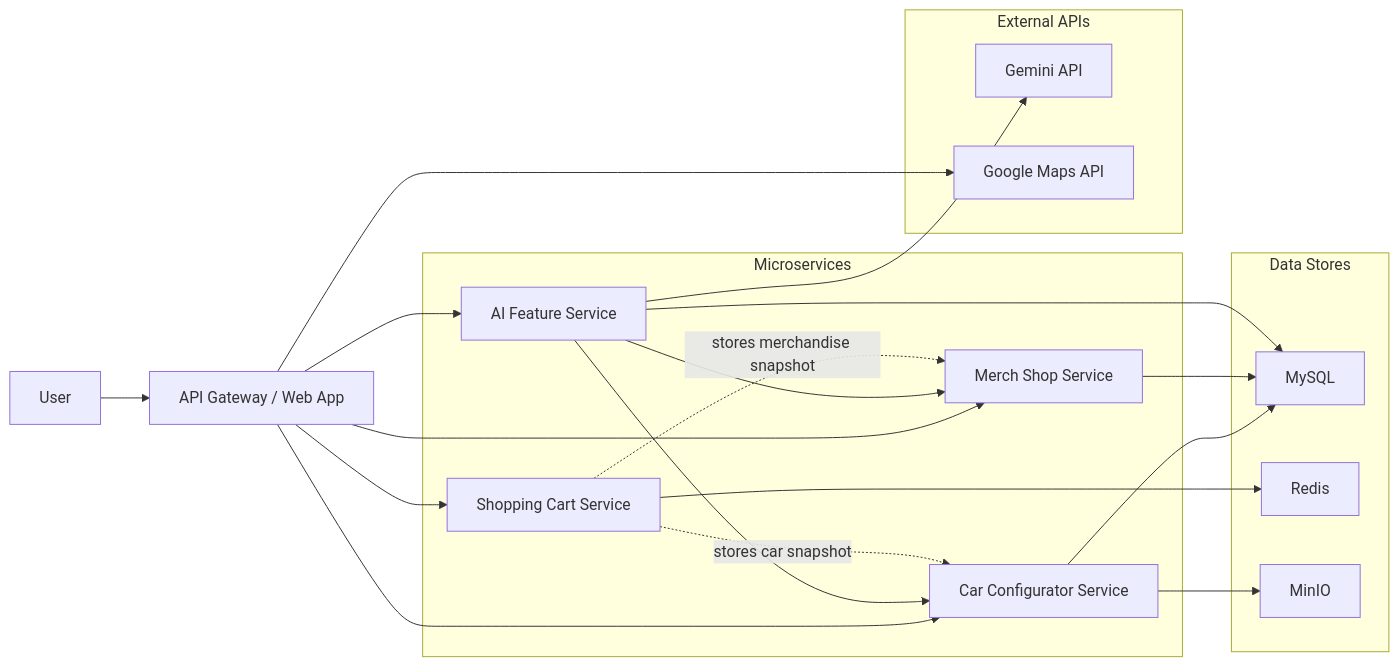
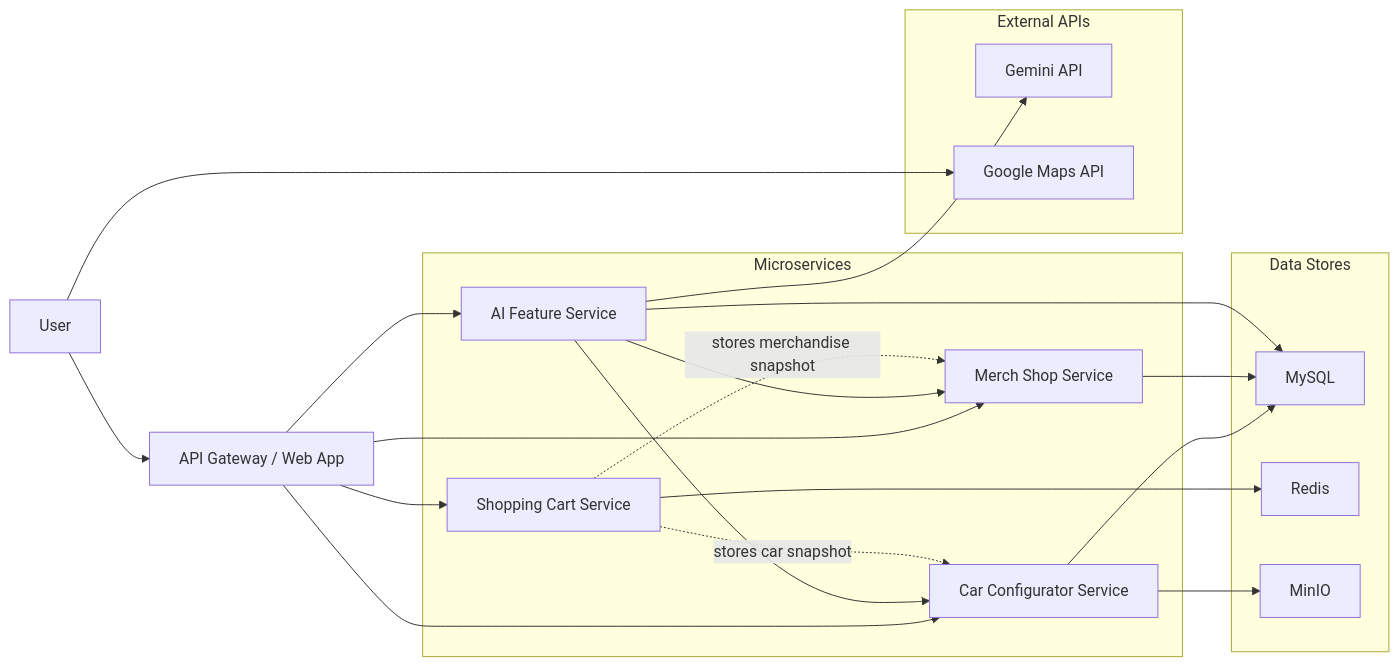
The diagram in docs/architecture.md (CloudBasedWebApplication/bmw), drawn with Mermaid before and after one commit. The commit also changed other lines of this file and 4 other files, not shown here.

````diff
--- a/docs/architecture.md
+++ b/docs/architecture.md
@@ -11,46 +11,47 @@
 ```mermaid
 flowchart LR
     user["User"]
     gateway["API Gateway / Web App"]
 
     subgraph backend["Microservices"]
         configurator["Car Configurator Service"]
         merchandise["Merch Shop Service"]
         ai["AI Feature Service"]
         cart["Shopping Cart Service"]
     end
 
     subgraph data["Data Stores"]
         mysql["MySQL"]
         redis["Redis"]
         minio["MinIO"]
     end
 
     subgraph external["External APIs"]
         gemini["Gemini API"]
         googlemaps["Google Maps API"]
     end
 
     user --> gateway
 
     gateway --> configurator
     gateway --> merchandise
     gateway --> ai
     gateway --> cart
-    gateway --> googlemaps
+
+    user --> googlemaps
 
     configurator --> mysql
     configurator --> minio
 
     merchandise --> mysql
 
     ai --> gemini
     ai --> configurator
     ai --> mysql
     ai --> merchandise
 
     cart --> redis
 
     cart -. "stores car snapshot" .-> configurator
     cart -. "stores merchandise snapshot" .-> merchandise
 ```
````
